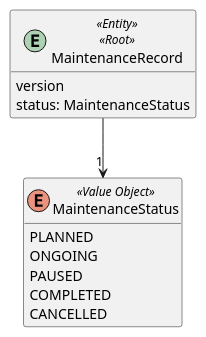
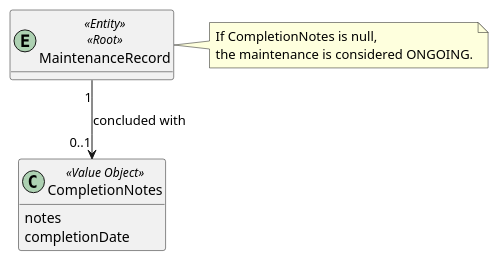
The diagram in docs/sytem-documentation/US219/puml/US219-DM.puml (caetanotiago/PSOFT), drawn with PlantUML before and after one commit. The commit also changed 46 other files, not shown here.

```diff
--- a/docs/sytem-documentation/US219/puml/US219-DM.puml
+++ b/docs/sytem-documentation/US219/puml/US219-DM.puml
@@ -1,18 +1,16 @@
 @startuml
 hide methods
 
-entity MaintenanceRecord <<Entity>> <<Root>> {
-  version
-  status: MaintenanceStatus
+entity MaintenanceRecord <<Entity>> <<Root>>
+class CompletionNotes <<Value Object>> {
+  notes
+  completionDate
 }
 
-enum MaintenanceStatus <<Value Object>> {
-  PLANNED
-  ONGOING
-  PAUSED
-  COMPLETED
-  CANCELLED
-}
+MaintenanceRecord "1" --> "0..1" CompletionNotes : concluded with
 
-MaintenanceRecord --> "1" MaintenanceStatus
+note right of MaintenanceRecord
+  If CompletionNotes is null,
+  the maintenance is considered ONGOING.
+end note
 @enduml
```
